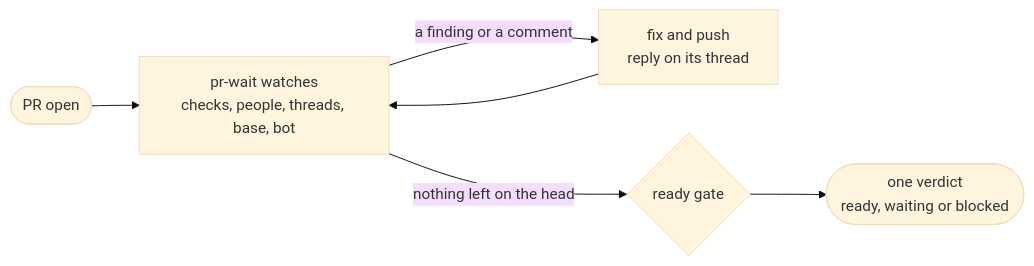
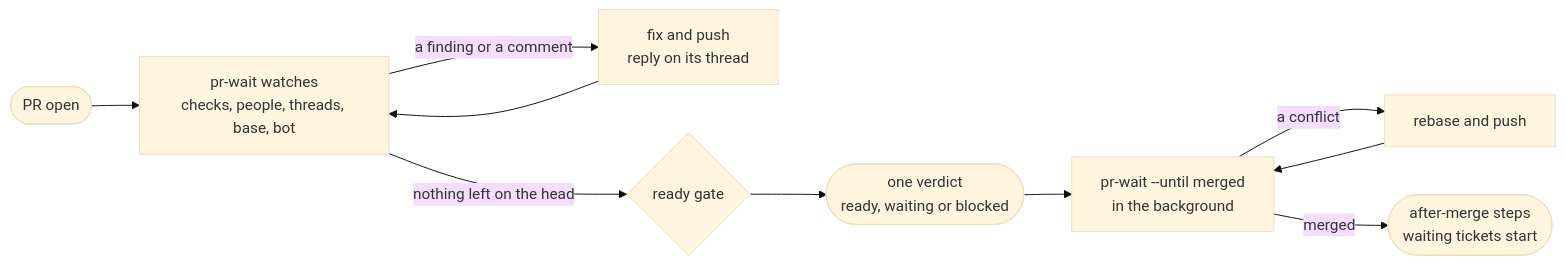
The third of 5 diagrams in README.md (kaminski-dev/dk-agent-kit), drawn with Mermaid (base theme) before and after one commit. The commit also changed other lines of this file and 4 other files, not shown here.

Commit message:
Start the watch to the merge at handover in dk:issue-flow, and carry the No CI line in dk:setup (#176)

````diff
--- a/README.md
+++ b/README.md
@@ -73,8 +73,12 @@
 ```mermaid
 flowchart LR
   open(["PR open"]) --> watch["pr-wait watches<br/>checks, people, threads, base, bot"]
   watch -- "a finding or a comment" --> fix["fix and push<br/>reply on its thread"]
   fix --> watch
   watch -- "nothing left on the head" --> gate{"ready gate"}
   gate --> verdict(["one verdict<br/>ready, waiting or blocked"])
+  verdict --> merged["pr-wait --until merged<br/>in the background"]
+  merged -- "a conflict" --> rebase["rebase and push"]
+  rebase --> merged
+  merged -- "merged" --> after(["after-merge steps<br/>waiting tickets start"])
 ```
````
